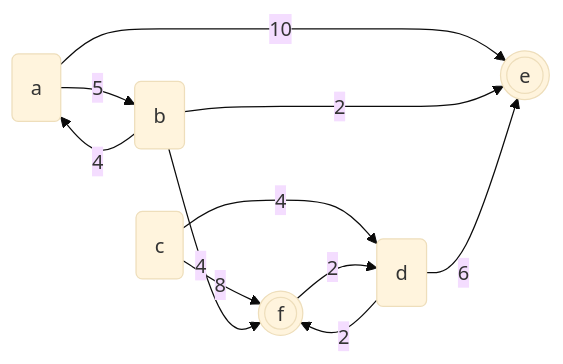
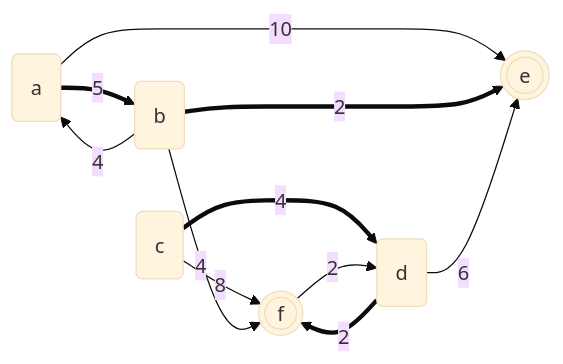
Before and after one commit to studenttak/modules: the diagram in 0310/mdModule.md, drawn with Mermaid (base theme).

````diff
--- a/0310/mdModule.md
+++ b/0310/mdModule.md
@@ -217,19 +217,19 @@
 ```mermaid
 flowchart LR
 a(a)
 b(b)
 c(c)
 d(d)
 e(((e)))
 f(((f)))
 a-- 10 -->e
-a-- 5 -->b
+a== 5 ==>b
 c-- 8 -->f
-b-- 2 -->e
+b== 2 ==>e
 b-- 4 -->f
-c-- 4 -->d
+c== 4 ==>d
 d-- 6 -->e
-d-- 2 -->f
+d== 2 ==>f
 b-- 4 -->a
 f-- 2 -->d
 ```
````
